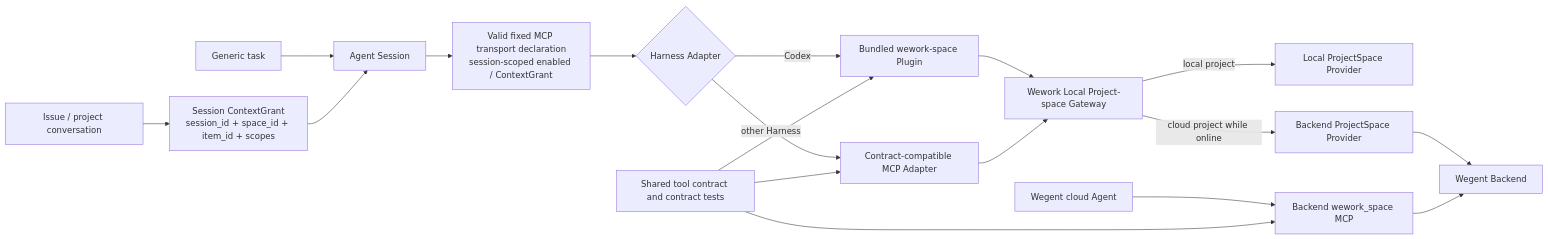
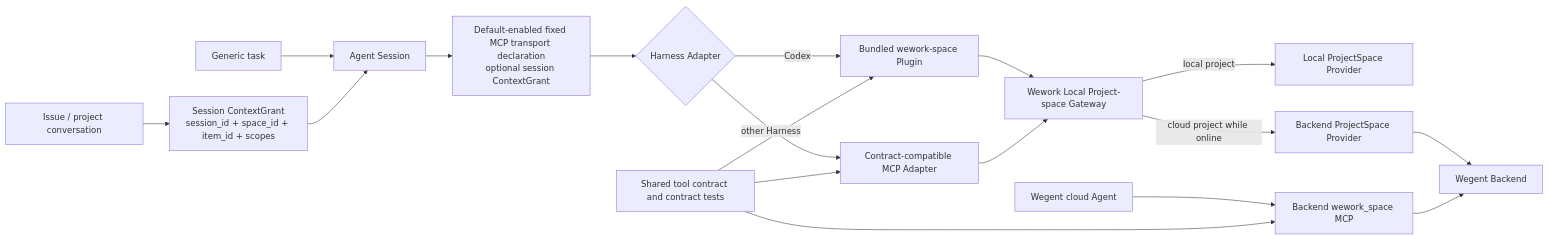
The first of 2 diagrams in docs/en/architecture/project-space-agent-capability.md (wecode-ai/Wegent), drawn with Mermaid before and after one commit. The commit also changed other lines of this file and 4 other files, not shown here.

Commit message:
fix(executor): enable project space MCP by default

````diff
--- a/docs/en/architecture/project-space-agent-capability.md
+++ b/docs/en/architecture/project-space-agent-capability.md
@@ -9,20 +9,20 @@
 ```mermaid
 flowchart LR
     ISSUE[Issue / project conversation] --> GRANT[Session ContextGrant<br/>session_id + space_id + item_id + scopes]
     GENERIC[Generic task] --> SESSION[Agent Session]
     GRANT --> SESSION
-    SESSION --> DECLARATION[Valid fixed MCP transport declaration<br/>session-scoped enabled / ContextGrant]
+    SESSION --> DECLARATION[Default-enabled fixed MCP transport declaration<br/>optional session ContextGrant]
     DECLARATION --> ADAPTER{Harness Adapter}
     ADAPTER -->|Codex| PLUGIN[Bundled wework-space Plugin]
     ADAPTER -->|other Harness| MCP_ADAPTER[Contract-compatible MCP Adapter]
     PLUGIN --> GATEWAY[Wework Local Project-space Gateway]
     MCP_ADAPTER --> GATEWAY
     GATEWAY -->|local project| LOCAL[Local ProjectSpace Provider]
     GATEWAY -->|cloud project while online| REMOTE[Backend ProjectSpace Provider]
     REMOTE --> BACKEND[Wegent Backend]
     CLOUD[Wegent cloud Agent] --> BACKEND_MCP[Backend wework_space MCP]
     BACKEND_MCP --> BACKEND
     CONTRACT[Shared tool contract and contract tests] --> PLUGIN
     CONTRACT --> MCP_ADAPTER
     CONTRACT --> BACKEND_MCP
 ```
````
